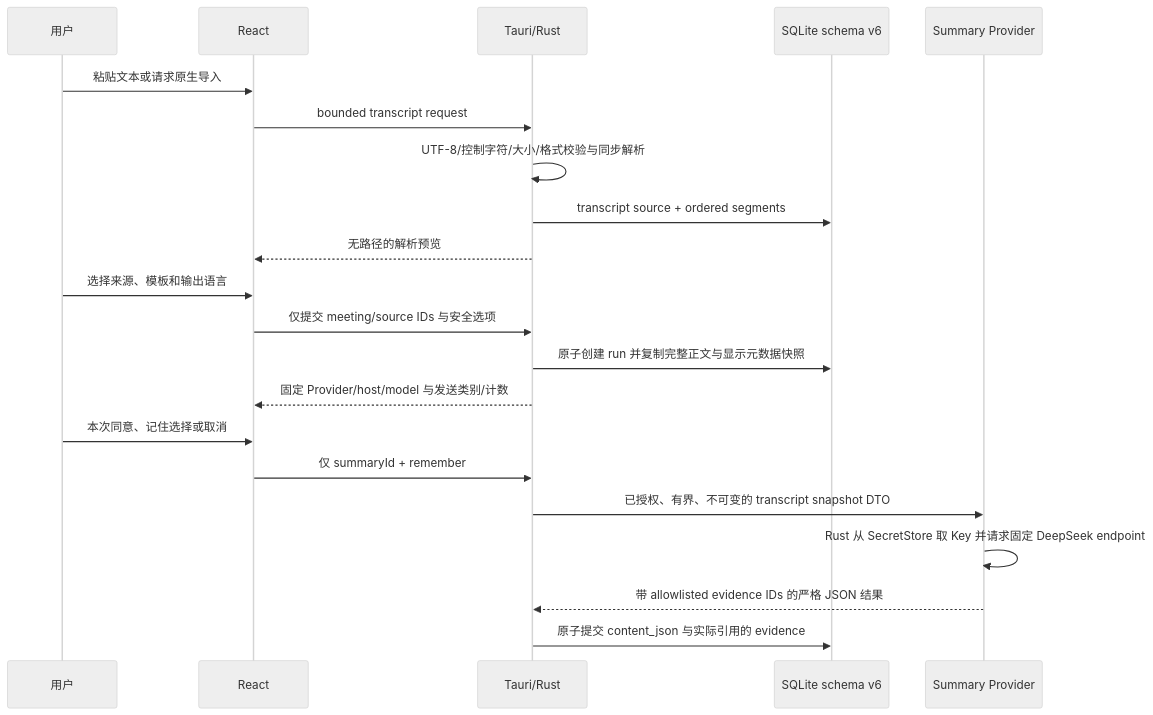
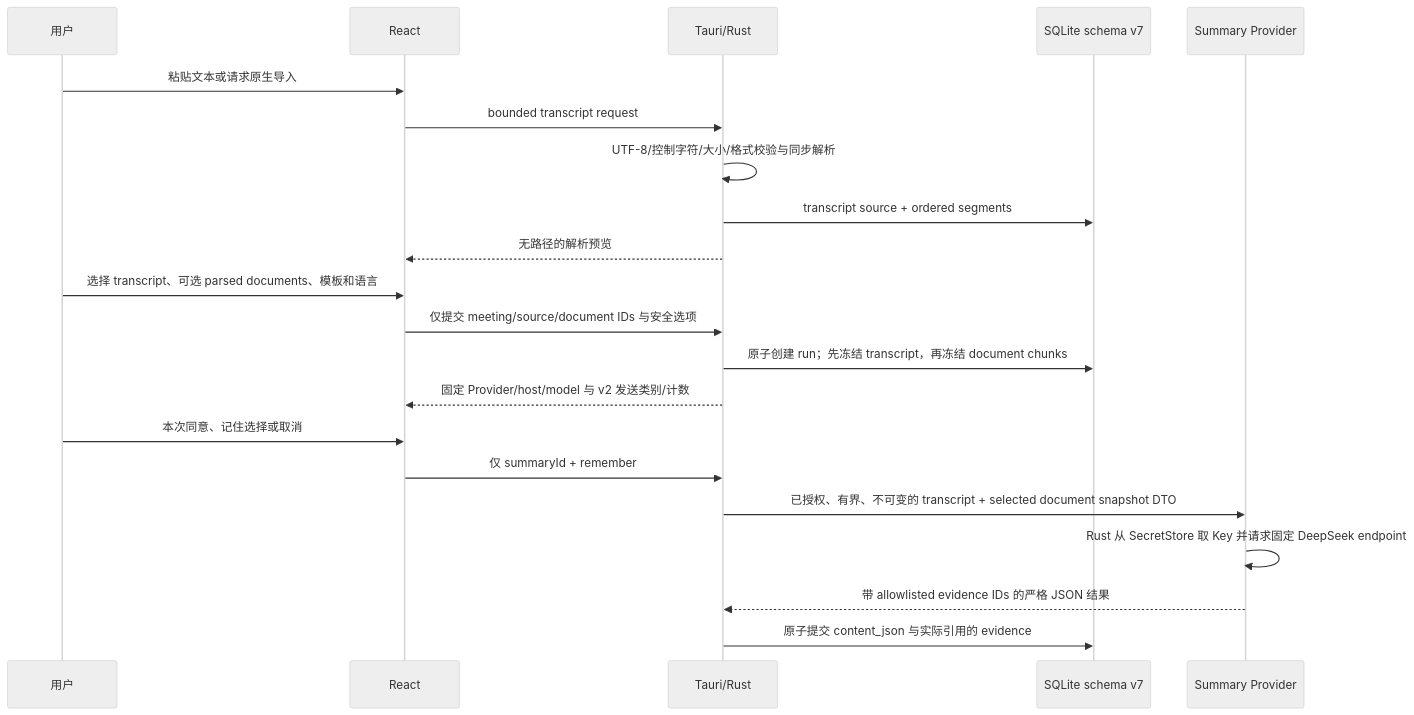
Before and after one commit to Gray-8a/MeetingLens: the sixth of 8 diagrams in ARCHITECTURE.md, drawn with Mermaid (neutral theme). The commit also changed other lines of this file and 75 other files, not shown here.

````diff
--- a/ARCHITECTURE.md
+++ b/ARCHITECTURE.md
@@ -254,23 +279,23 @@
 ```mermaid
 sequenceDiagram
     participant User as 用户
     participant UI as React
     participant Rust as Tauri/Rust
-    participant DB as SQLite schema v6
+    participant DB as SQLite schema v7
     participant Summary as Summary Provider
     User->>UI: 粘贴文本或请求原生导入
     UI->>Rust: bounded transcript request
     Rust->>Rust: UTF-8/控制字符/大小/格式校验与同步解析
     Rust->>DB: transcript source + ordered segments
     Rust-->>UI: 无路径的解析预览
-    User->>UI: 选择来源、模板和输出语言
-    UI->>Rust: 仅提交 meeting/source IDs 与安全选项
-    Rust->>DB: 原子创建 run 并复制完整正文与显示元数据快照
-    Rust-->>UI: 固定 Provider/host/model 与发送类别/计数
+    User->>UI: 选择 transcript、可选 parsed documents、模板和语言
+    UI->>Rust: 仅提交 meeting/source/document IDs 与安全选项
+    Rust->>DB: 原子创建 run；先冻结 transcript，再冻结 document chunks
+    Rust-->>UI: 固定 Provider/host/model 与 v2 发送类别/计数
     User->>UI: 本次同意、记住选择或取消
     UI->>Rust: 仅 summaryId + remember
-    Rust->>Summary: 已授权、有界、不可变的 transcript snapshot DTO
+    Rust->>Summary: 已授权、有界、不可变的 transcript + selected document snapshot DTO
     Summary->>Summary: Rust 从 SecretStore 取 Key 并请求固定 DeepSeek endpoint
     Summary-->>Rust: 带 allowlisted evidence IDs 的严格 JSON 结果
     Rust->>DB: 原子提交 content_json 与实际引用的 evidence
 ```
````
